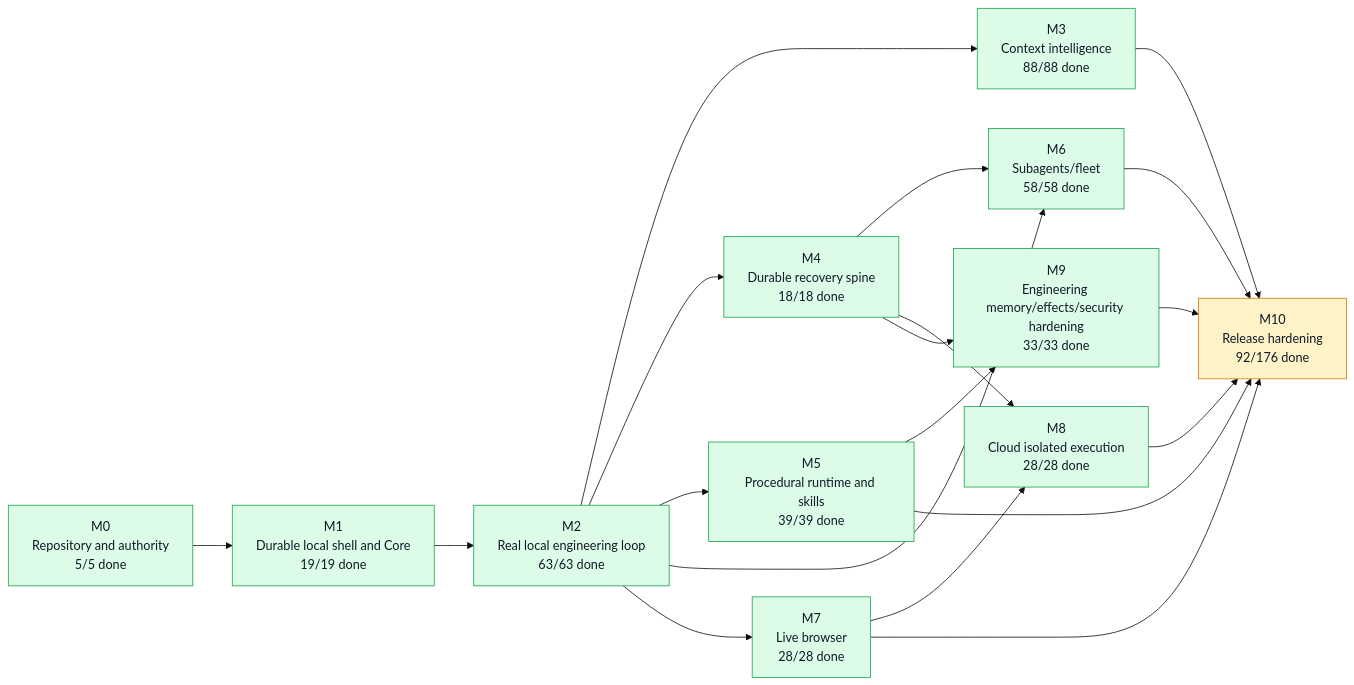
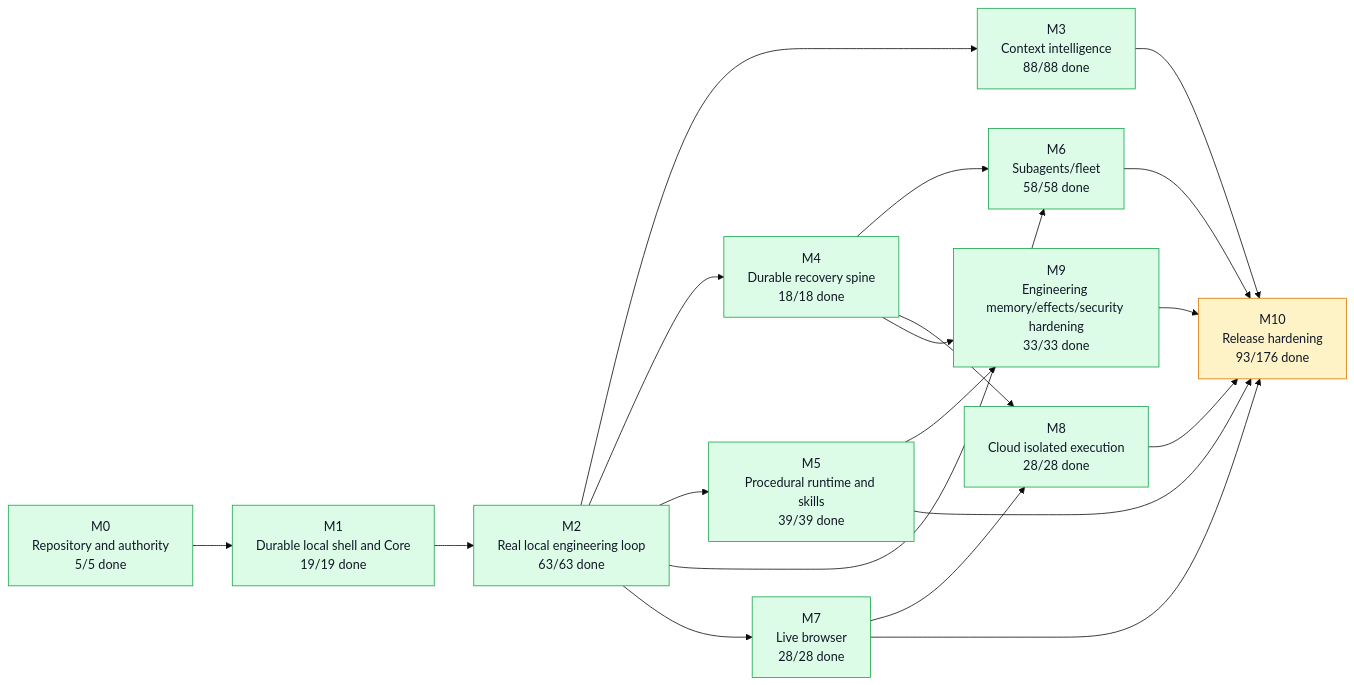
The first of 5 diagrams in graph/PROJECT_GRAPH.md (moss101/modbit), drawn with Mermaid (base theme) before and after one commit. The commit also changed other lines of this file and 5 other files, not shown here.

````diff
--- a/graph/PROJECT_GRAPH.md
+++ b/graph/PROJECT_GRAPH.md
@@ -57,43 +57,43 @@
 ```mermaid
 flowchart LR
   M0["M0<br/>Repository and authority<br/>5/5 done"]
   M1["M1<br/>Durable local shell and Core<br/>19/19 done"]
   M2["M2<br/>Real local engineering loop<br/>63/63 done"]
   M3["M3<br/>Context intelligence<br/>88/88 done"]
   M4["M4<br/>Durable recovery spine<br/>18/18 done"]
   M5["M5<br/>Procedural runtime and skills<br/>39/39 done"]
   M6["M6<br/>Subagents/fleet<br/>58/58 done"]
   M7["M7<br/>Live browser<br/>28/28 done"]
   M8["M8<br/>Cloud isolated execution<br/>28/28 done"]
   M9["M9<br/>Engineering memory/effects/security hardening<br/>33/33 done"]
-  M10["M10<br/>Release hardening<br/>92/176 done"]
+  M10["M10<br/>Release hardening<br/>93/176 done"]
   M0 --> M1
   M1 --> M2
   M2 --> M3
   M2 --> M4
   M2 --> M5
   M2 --> M6
   M4 --> M6
   M2 --> M7
   M4 --> M8
   M7 --> M8
   M4 --> M9
   M5 --> M9
   M3 --> M10
   M5 --> M10
   M6 --> M10
   M7 --> M10
   M8 --> M10
   M9 --> M10
   style M0 fill:#dcfce7,stroke:#16a34a,color:#111827
   style M1 fill:#dcfce7,stroke:#16a34a,color:#111827
   style M2 fill:#dcfce7,stroke:#16a34a,color:#111827
   style M3 fill:#dcfce7,stroke:#16a34a,color:#111827
   style M4 fill:#dcfce7,stroke:#16a34a,color:#111827
   style M5 fill:#dcfce7,stroke:#16a34a,color:#111827
   style M6 fill:#dcfce7,stroke:#16a34a,color:#111827
   style M7 fill:#dcfce7,stroke:#16a34a,color:#111827
   style M8 fill:#dcfce7,stroke:#16a34a,color:#111827
   style M9 fill:#dcfce7,stroke:#16a34a,color:#111827
   style M10 fill:#fef3c7,stroke:#d97706,color:#111827
 ```
````
